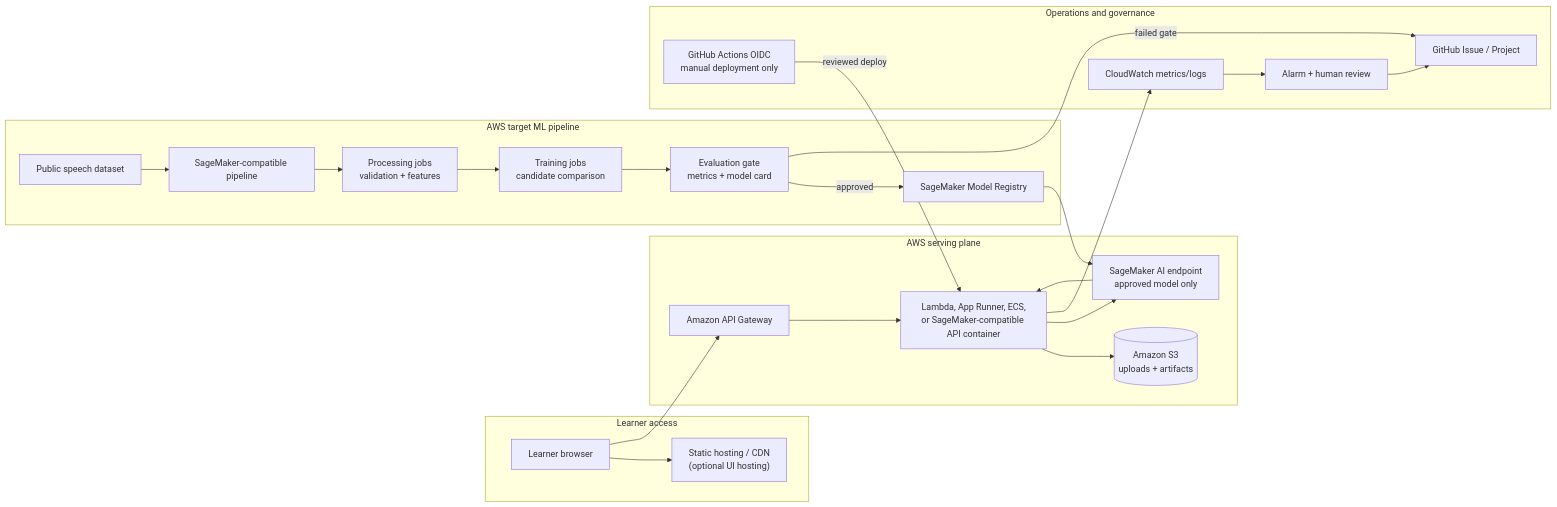
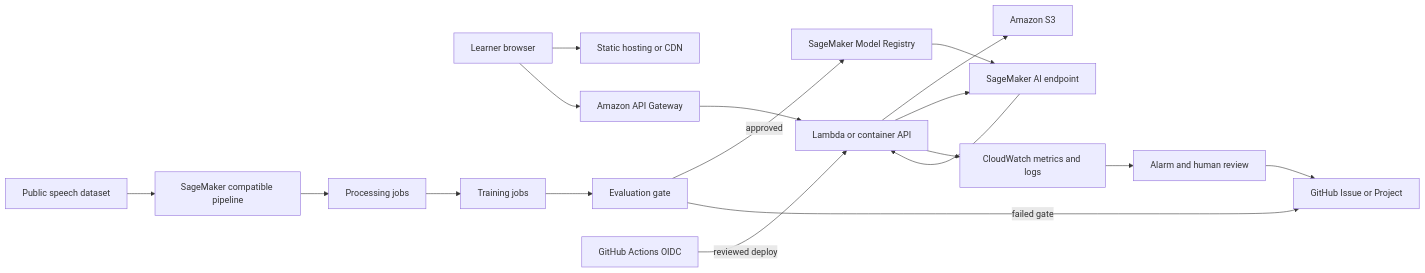
The second of 6 diagrams in FluentEdge_Sprint2_Design_and_Requirements_Specification.md (DanielAndi/fluentedge), drawn with Mermaid before and after one commit. The commit also changed other lines of this file and 2 other files, not shown here.

First line of the commit message:
docs(spec): simplify Mermaid diagrams for reliable PDF export

````diff
--- a/FluentEdge_Sprint2_Design_and_Requirements_Specification.md
+++ b/FluentEdge_Sprint2_Design_and_Requirements_Specification.md
@@ -240,43 +230,33 @@
 ```mermaid
-flowchart LR
-    subgraph Edge["Learner access"]
-        U["Learner browser"]
-        CDN["Static hosting / CDN<br/>(optional UI hosting)"]
-    end
-
-    subgraph Serving["AWS serving plane"]
-        AGW["Amazon API Gateway"]
-        API["Lambda, App Runner, ECS,<br/>or SageMaker-compatible API container"]
-        S3[("Amazon S3<br/>uploads + artifacts")]
-        SM["SageMaker AI endpoint<br/>approved model only"]
-    end
-
-    subgraph Training["AWS target ML pipeline"]
-        DATA["Public speech dataset"]
-        PIPE["SageMaker-compatible pipeline"]
-        PROC["Processing jobs<br/>validation + features"]
-        TRAIN["Training jobs<br/>candidate comparison"]
-        EVAL["Evaluation gate<br/>metrics + model card"]
-        MR["SageMaker Model Registry"]
-    end
-
-    subgraph Ops["Operations and governance"]
-        CW["CloudWatch metrics/logs"]
-        ALARM["Alarm + human review"]
-        GH["GitHub Issue / Project"]
-        OIDC["GitHub Actions OIDC<br/>manual deployment only"]
-    end
+graph LR
+    U[Learner browser]
+    CDN[Static hosting or CDN]
+    AGW[Amazon API Gateway]
+    API[Lambda or container API]
+    S3[Amazon S3]
+    SM[SageMaker AI endpoint]
+    DATA[Public speech dataset]
+    PIPE[SageMaker compatible pipeline]
+    PROC[Processing jobs]
+    TRAIN[Training jobs]
+    EVAL[Evaluation gate]
+    MR[SageMaker Model Registry]
+    CW[CloudWatch metrics and logs]
+    ALARM[Alarm and human review]
+    GH[GitHub Issue or Project]
+    OIDC[GitHub Actions OIDC]
 
     U --> CDN
     U --> AGW
     AGW --> API
     API --> S3
     API --> SM
     SM --> API
     API --> CW
     DATA --> PIPE --> PROC --> TRAIN --> EVAL
-    EVAL -->|"approved"| MR --> SM
-    EVAL -->|"failed gate"| GH
+    EVAL -- approved --> MR
+    MR --> SM
+    EVAL -- failed gate --> GH
     CW --> ALARM --> GH
-    OIDC -->|"reviewed deploy"| API
+    OIDC -- reviewed deploy --> API
 ```
````
